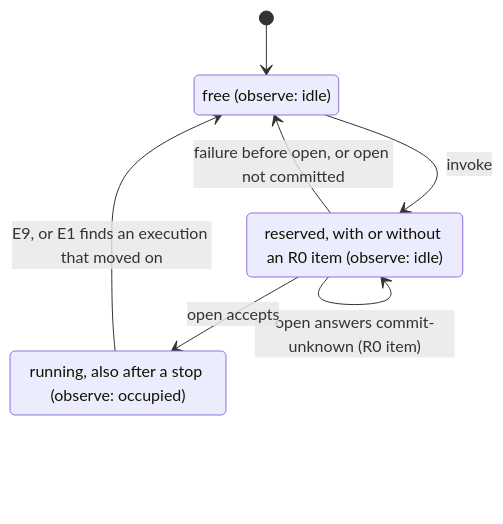
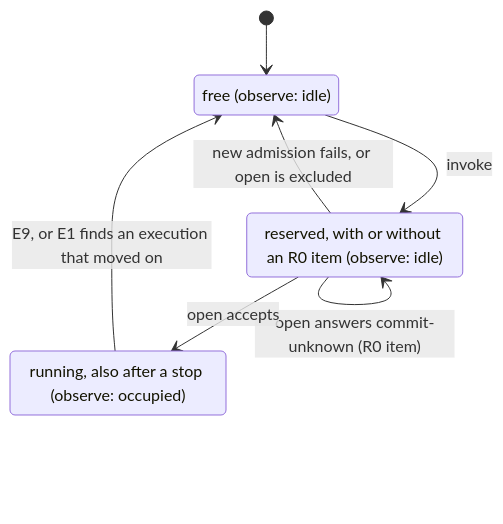
One commit to nemori-ai/omne-harness-lite changed the second of 2 diagrams in packages/agent/agent/README.md. Above: the diagram before and after it, drawn with Mermaid. The commit also changed other lines of this file and 9 other files, not shown here.

````diff
--- a/packages/agent/agent/README.md
+++ b/packages/agent/agent/README.md
@@ -87,12 +89,12 @@
 ```mermaid
 stateDiagram-v2
     state "free (observe: idle)" as free
     state "reserved, with or without an R0 item (observe: idle)" as reserved
     state "running, also after a stop (observe: occupied)" as running
     [*] --> free
     free --> reserved: invoke
-    reserved --> free: failure before open, or open not committed
+    reserved --> free: new admission fails, or open is excluded
     reserved --> reserved: open answers commit-unknown (R0 item)
     reserved --> running: open accepts
     running --> free: E9, or E1 finds an execution that moved on
 ```
````
